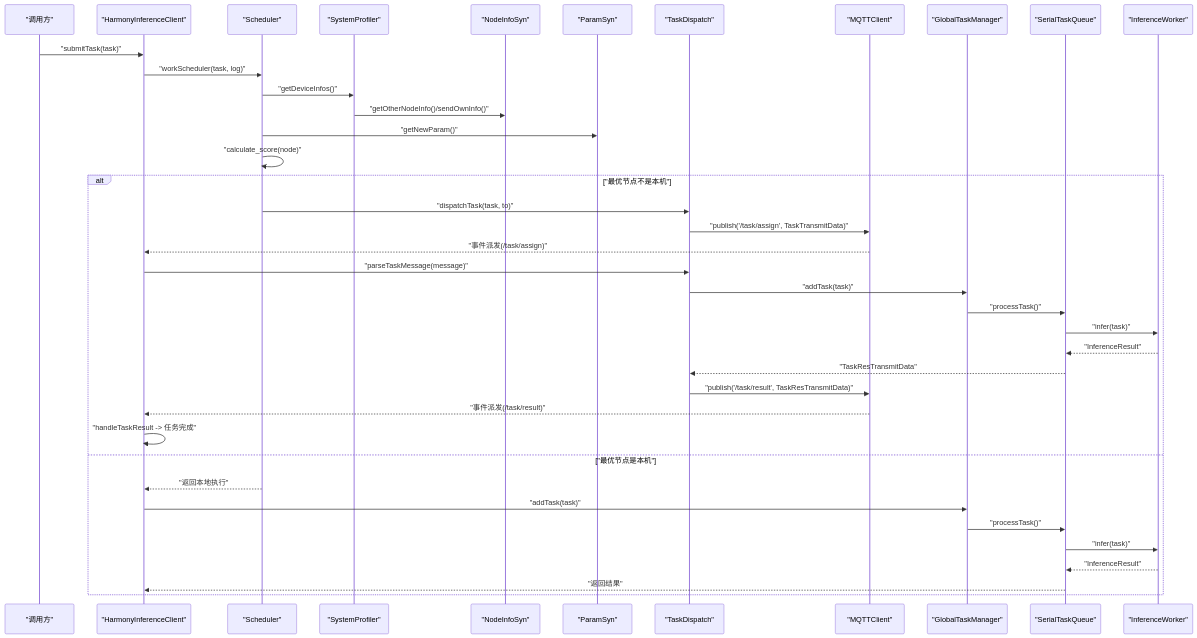
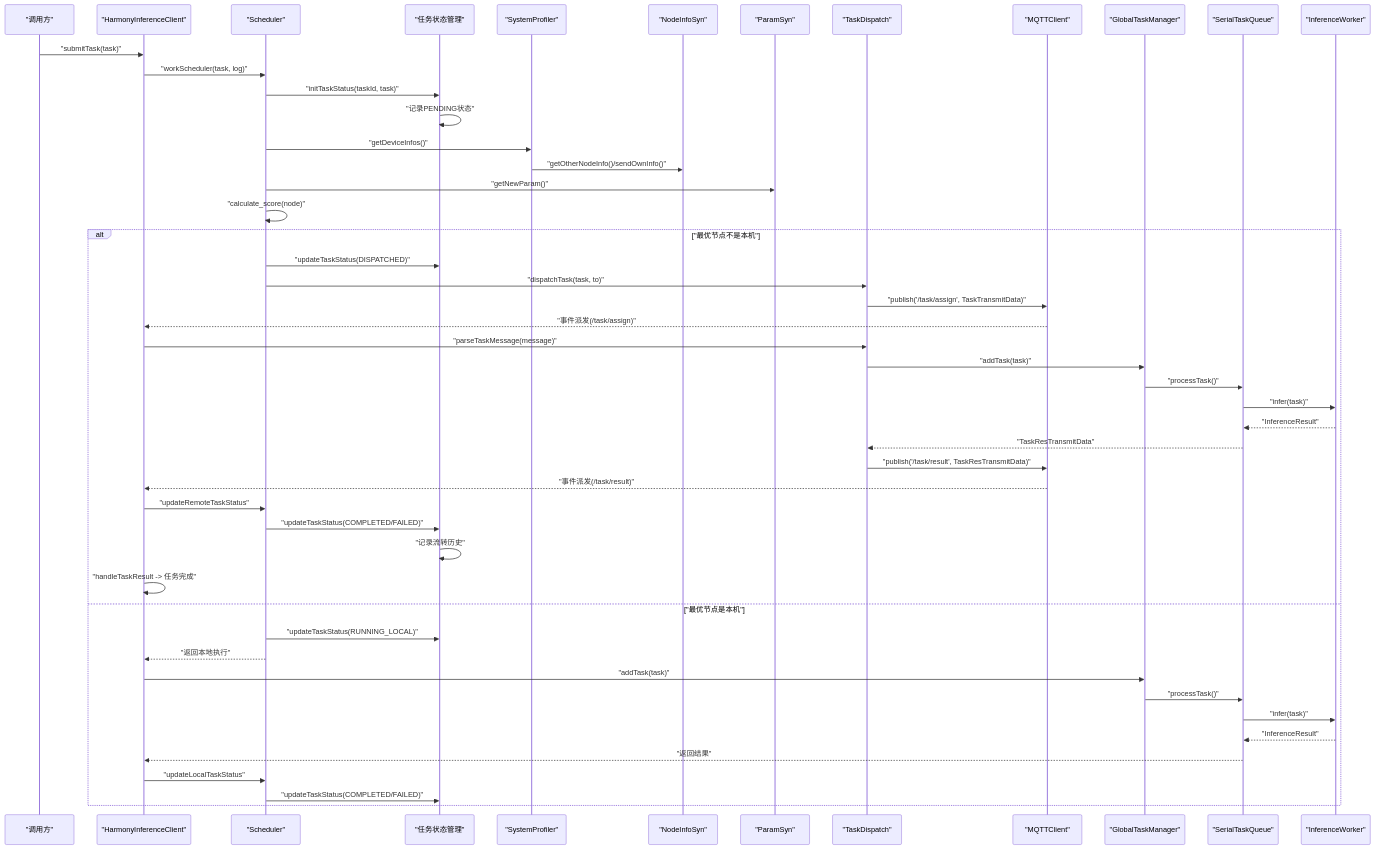
One commit to huo65/OH-Co3 changed the second of 8 diagrams in .qoder/repowiki/zh/content/任务调度系统/任务调度器.md. Above: the diagram before and after it, drawn with Mermaid. The commit also changed other lines of this file and 6 other files, not shown here.

````diff
--- a/.qoder/repowiki/zh/content/任务调度系统/任务调度器.md
+++ b/.qoder/repowiki/zh/content/任务调度系统/任务调度器.md
@@ -111,41 +122,51 @@
 ```mermaid
 sequenceDiagram
 participant Client as "调用方"
 participant HIC as "HarmonyInferenceClient"
 participant SCH as "Scheduler"
+participant TS as "任务状态管理"
 participant SP as "SystemProfiler"
 participant NI as "NodeInfoSyn"
 participant PS as "ParamSyn"
 participant TD as "TaskDispatch"
 participant MQTT as "MQTTClient"
 participant GTM as "GlobalTaskManager"
 participant STQ as "SerialTaskQueue"
 participant IW as "InferenceWorker"
 Client->>HIC : "submitTask(task)"
 HIC->>SCH : "workScheduler(task, log)"
+SCH->>TS : "initTaskStatus(taskId, task)"
+TS->>TS : "记录PENDING状态"
 SCH->>SP : "getDeviceInfos()"
 SP->>NI : "getOtherNodeInfo()/sendOwnInfo()"
 SCH->>PS : "getNewParam()"
 SCH->>SCH : "calculate_score(node)"
 alt "最优节点不是本机"
+SCH->>TS : "updateTaskStatus(DISPATCHED)"
 SCH->>TD : "dispatchTask(task, to)"
 TD->>MQTT : "publish('/task/assign', TaskTransmitData)"
 MQTT-->>HIC : "事件派发(/task/assign)"
 HIC->>TD : "parseTaskMessage(message)"
 TD->>GTM : "addTask(task)"
 GTM->>STQ : "processTask()"
 STQ->>IW : "infer(task)"
 IW-->>STQ : "InferenceResult"
 STQ-->>TD : "TaskResTransmitData"
 TD->>MQTT : "publish('/task/result', TaskResTransmitData)"
 MQTT-->>HIC : "事件派发(/task/result)"
+HIC->>SCH : "updateRemoteTaskStatus"
+SCH->>TS : "updateTaskStatus(COMPLETED/FAILED)"
+TS->>TS : "记录流转历史"
 HIC->>HIC : "handleTaskResult -> 任务完成"
 else "最优节点是本机"
+SCH->>TS : "updateTaskStatus(RUNNING_LOCAL)"
 SCH-->>HIC : "返回本地执行"
 HIC->>GTM : "addTask(task)"
 GTM->>STQ : "processTask()"
 STQ->>IW : "infer(task)"
 IW-->>STQ : "InferenceResult"
 STQ-->>HIC : "返回结果"
+HIC->>SCH : "updateLocalTaskStatus"
+SCH->>TS : "updateTaskStatus(COMPLETED/FAILED)"
 end
 ```
````
